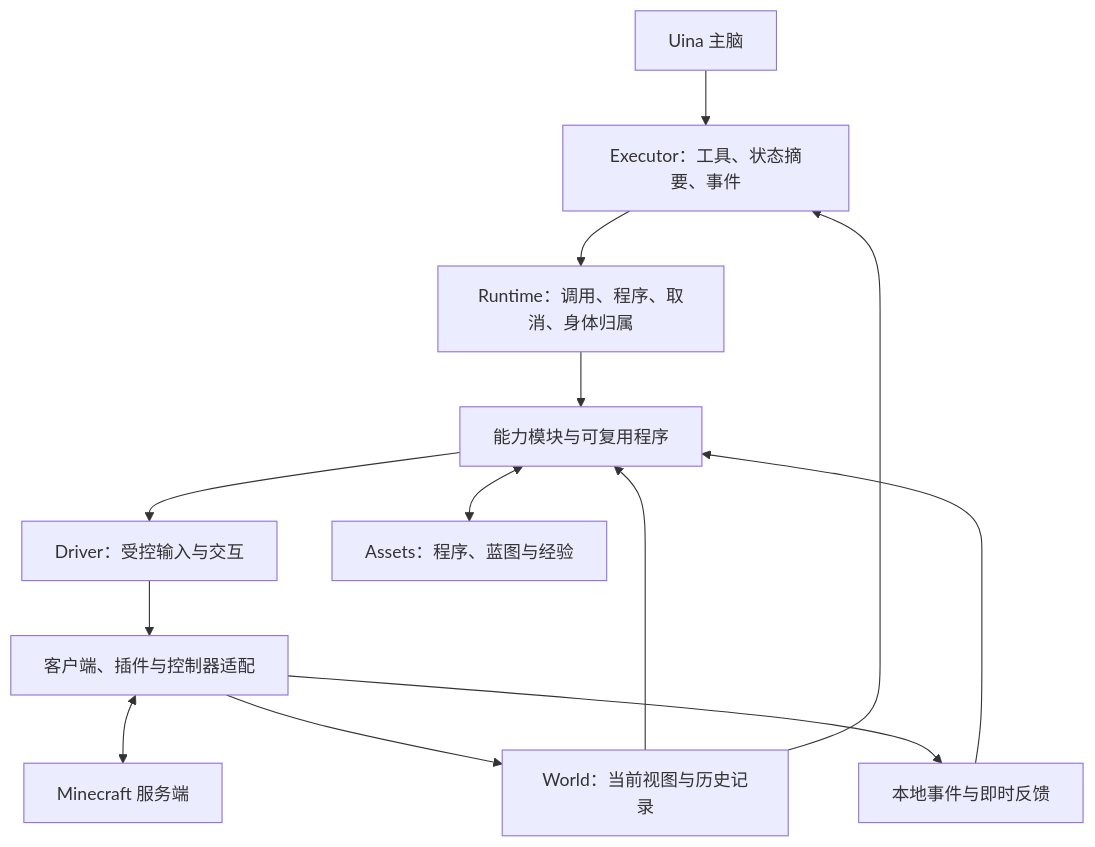
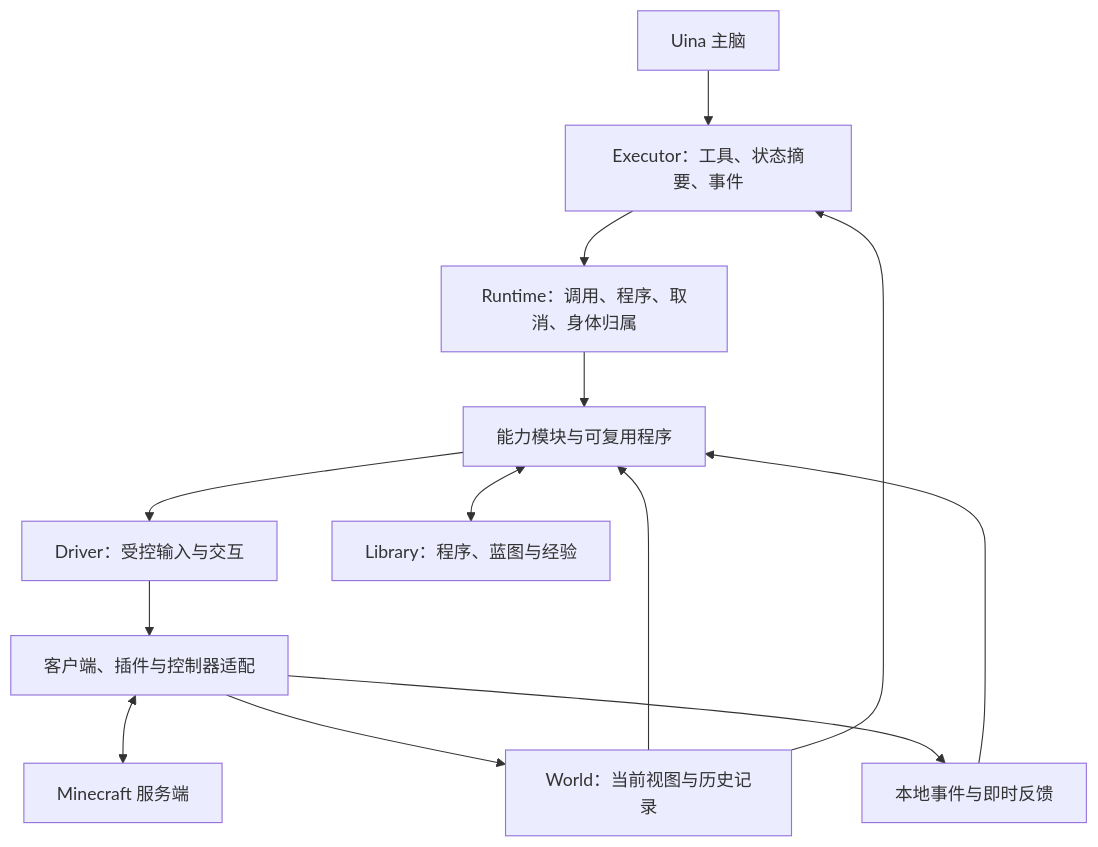
The first of 2 diagrams in docs/proposals/mc/design.md (FanRec/uina-agent), drawn with Mermaid before and after one commit. The commit also changed other lines of this file and 7 other files, not shown here.

````diff
--- a/docs/proposals/mc/design.md
+++ b/docs/proposals/mc/design.md
@@ -74,15 +74,15 @@
 ```mermaid
 flowchart TB
     A[Uina 主脑] --> X[Executor：工具、状态摘要、事件]
     X --> R[Runtime：调用、程序、取消、身体归属]
     R --> F[能力模块与可复用程序]
     F --> D[Driver：受控输入与交互]
     D --> M[客户端、插件与控制器适配]
     M <--> S[Minecraft 服务端]
     M --> O[World：当前视图与历史记录]
     O --> F
     O --> X
-    F <--> L[Assets：程序、蓝图与经验]
+    F <--> L[Library：程序、蓝图与经验]
     M --> E[本地事件与即时反馈]
     E --> F
 ```
````
